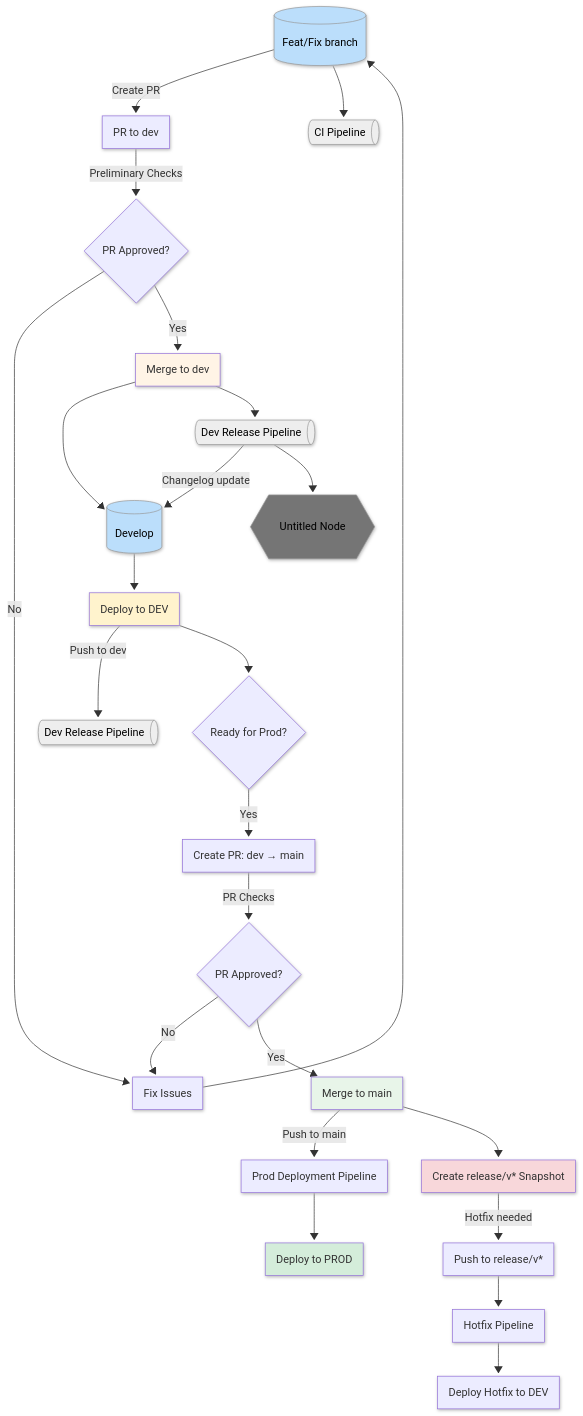
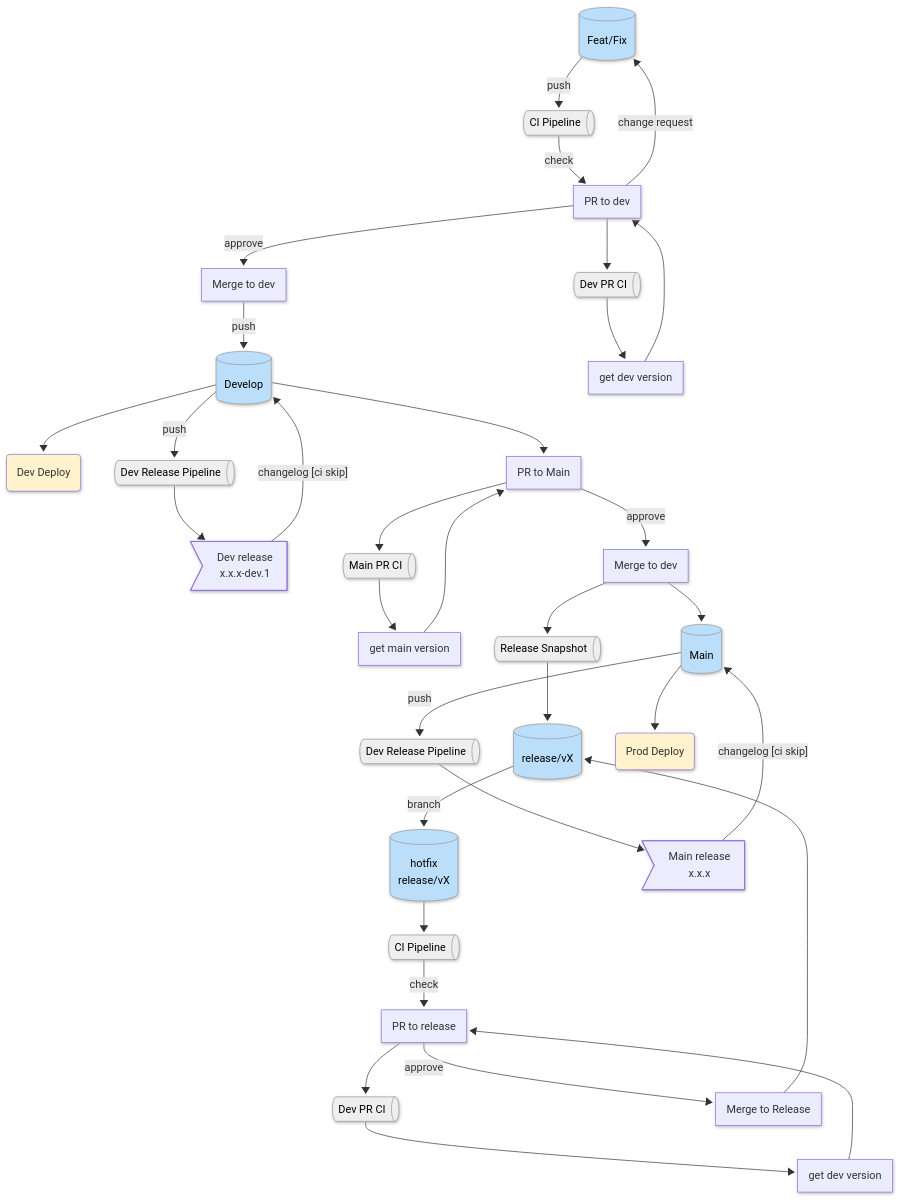
The first of 12 diagrams in CI-CD-RELEASE-PROCESS.md (krvns/github-release-automation), drawn with Mermaid before and after one commit. The commit also changed 2 other files, not shown here.

````diff
--- a/CI-CD-RELEASE-PROCESS.md
+++ b/CI-CD-RELEASE-PROCESS.md
@@ -38,50 +38,82 @@
 ---
 config:
   look: neo
+  layout: fixed
 ---
 flowchart TB
-    A["Feat/Fix branch"] -- Create PR --> C["PR to dev"]
-    C -- Preliminary Checks --> D{"PR Approved?"}
-    D -- No --> E["Fix Issues"]
-    E --> A
-    D -- Yes --> F["Merge to dev"]
-    H["Deploy to DEV"] -- Push to dev --> G["Dev Release Pipeline"]
-    H --> I{"Ready for Prod?"}
-    I -- Yes --> J["Create PR: dev → main"]
-    J -- PR Checks --> K{"PR Approved?"}
-    K -- No --> E
-    K -- Yes --> M["Merge to main"]
-    M -- Push to main --> N["Prod Deployment Pipeline"]
-    N --> O["Deploy to PROD"]
-    M --> P["Create release/v* Snapshot"]
-    P -- Hotfix needed --> Q["Push to release/v*"]
-    Q --> R["Hotfix Pipeline"]
-    R --> S["Deploy Hotfix to DEV"]
-    F --> n1["Develop"] & n2["Dev Release Pipeline"]
-    n1 --> H
-    A --> A1["CI Pipeline"]
-    n2 -- Changelog update --> n1
-    n2 --> n3["Untitled Node"]
+    n1["Develop"] --> H["Dev Deploy"] & n10["PR to Main"]
+    n1 -- push --> n2["Dev Release Pipeline"]
+    A["Feat/Fix"] -- push --> A1["CI Pipeline"]
+    A1 -- check --> C["PR to dev"]
+    n2 --> n12>"Dev release<br>x.x.x-dev.1"]
+    n12 -- changelog [ci skip] --> n1
+    C --> n3["Dev PR CI"]
+    C -- approve --> n16@{ label: "<span style=\"padding-left:\">Merge to dev</span>" }
+    C -- change request --> A
+    n13["get dev version"] --> C
+    n3 --> n13
+    n10 --> n14["Main PR CI"]
+    n10 -- approve --> n18@{ label: "<span style=\"padding-left:\">Merge to dev</span>" }
+    n15["get main version"] --> n10
+    n14 --> n15
+    n16 -- push --> n1
+    n18 --> n20["Release Snapshot"] & n29["Main"]
+    n20 --> n19["release/vX"]
+    n23["CI Pipeline"] -- check --> n24["PR to release"]
+    n24 --> n25["Dev PR CI"]
+    n24 -- approve --> n26@{ label: "<span style=\"padding-left:\">Merge to Release</span>" }
+    n27["get dev version"] --> n24
+    n25 --> n27
+    n21["hotfix<br>release/vX"] --> n23
+    n26 --> n19
+    n19 -- branch --> n21
+    n29 -- push --> n30["Dev Release Pipeline"]
+    n30 --> n31>"Main release<br>x.x.x"]
+    n31 -- changelog [ci skip] --> n29
+    n29 --> n28["Prod Deploy"]
 
+    n1@{ shape: cyl}
+    H@{ shape: rounded}
+    n10@{ shape: rect}
+    n2@{ shape: h-cyl}
     A@{ shape: cyl}
-    G@{ shape: h-cyl}
-    n1@{ shape: cyl}
-    n2@{ shape: h-cyl}
     A1@{ shape: h-cyl}
-    n3@{ shape: hex}
-     A:::Ash
-     G:::Ash
+    n3@{ shape: h-cyl}
+    n16@{ shape: rect}
+    n13@{ shape: rect}
+    n14@{ shape: h-cyl}
+    n18@{ shape: rect}
+    n15@{ shape: rect}
+    n20@{ shape: h-cyl}
+    n29@{ shape: cyl}
+    n19@{ shape: cyl}
+    n23@{ shape: h-cyl}
+    n24@{ shape: rect}
+    n25@{ shape: h-cyl}
+    n26@{ shape: rect}
+    n27@{ shape: rect}
+    n21@{ shape: cyl}
+    n30@{ shape: h-cyl}
+    n28@{ shape: rounded}
      n1:::Ash
      n2:::Ash
+     A:::Ash
      A1:::Ash
      n3:::Ash
+     n14:::Ash
+     n20:::Ash
+     n29:::Ash
+     n19:::Ash
+     n23:::Ash
+     n25:::Ash
+     n21:::Ash
+     n30:::Ash
     classDef Ash stroke-width:1px, stroke-dasharray:none, stroke:#999999, fill:#EEEEEE, color:#000000
+    style n1 fill:#BBDEFB
+    style H fill:#fff3cd
     style A fill:#BBDEFB
-    style F fill:#fff4e6
-    style H fill:#fff3cd
-    style M fill:#e8f5e9
-    style O fill:#d4edda
-    style P fill:#f8d7da
-    style n1 fill:#BBDEFB
-    style n3 fill:#757575
+    style n29 fill:#BBDEFB
+    style n19 fill:#BBDEFB
+    style n21 fill:#BBDEFB
+    style n28 fill:#fff3cd
 ```
````
